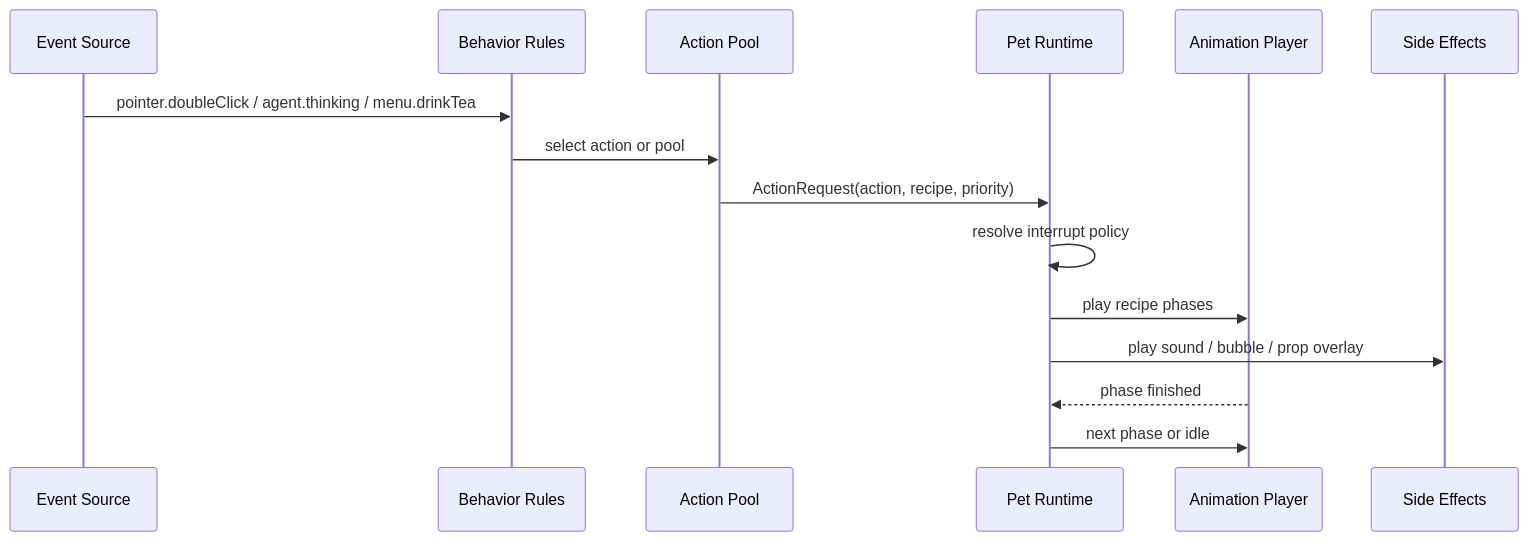
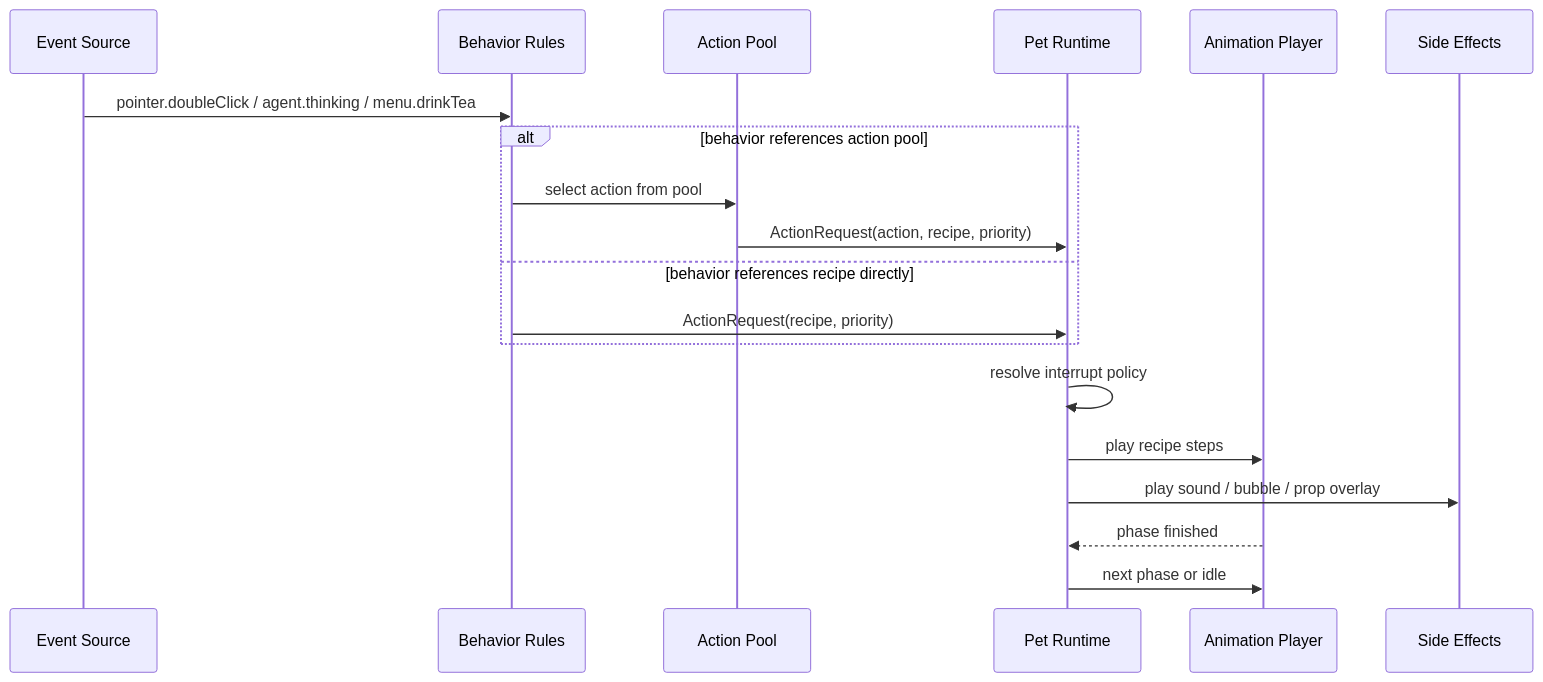
Before and after one commit to tiantian180/MilesEdgeworth: the third of 6 diagrams in docs/superpowers/specs/2026-05-19-skin-pack-playback-behavior-design.md, drawn with Mermaid. The commit also changed other lines of this file, not shown here.

Commit message:
docs: clarify recipe orchestration scope

````diff
--- a/docs/superpowers/specs/2026-05-19-skin-pack-playback-behavior-design.md
+++ b/docs/superpowers/specs/2026-05-19-skin-pack-playback-behavior-design.md
@@ -198,18 +283,22 @@
 ```mermaid
 sequenceDiagram
     participant Event as Event Source
     participant Behavior as Behavior Rules
     participant Pool as Action Pool
     participant Runtime as Pet Runtime
     participant Player as Animation Player
     participant Effects as Side Effects
 
     Event->>Behavior: pointer.doubleClick / agent.thinking / menu.drinkTea
-    Behavior->>Pool: select action or pool
-    Pool->>Runtime: ActionRequest(action, recipe, priority)
+    alt behavior references action pool
+        Behavior->>Pool: select action from pool
+        Pool->>Runtime: ActionRequest(action, recipe, priority)
+    else behavior references recipe directly
+        Behavior->>Runtime: ActionRequest(recipe, priority)
+    end
     Runtime->>Runtime: resolve interrupt policy
-    Runtime->>Player: play recipe phases
+    Runtime->>Player: play recipe steps
     Runtime->>Effects: play sound / bubble / prop overlay
     Player-->>Runtime: phase finished
     Runtime->>Player: next phase or idle
 ```
````
